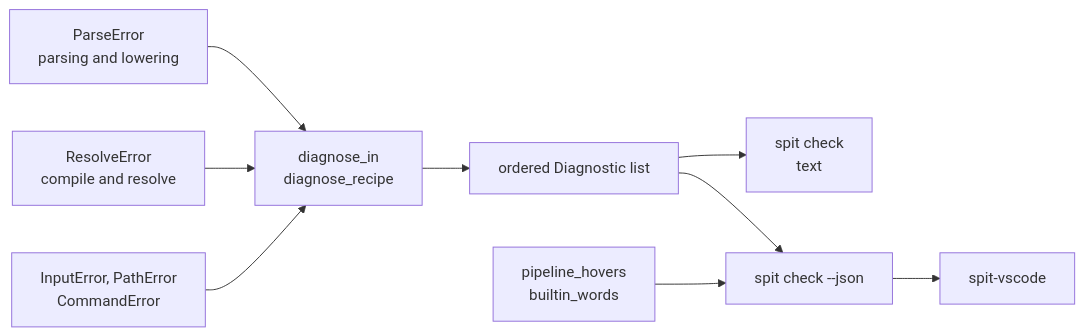
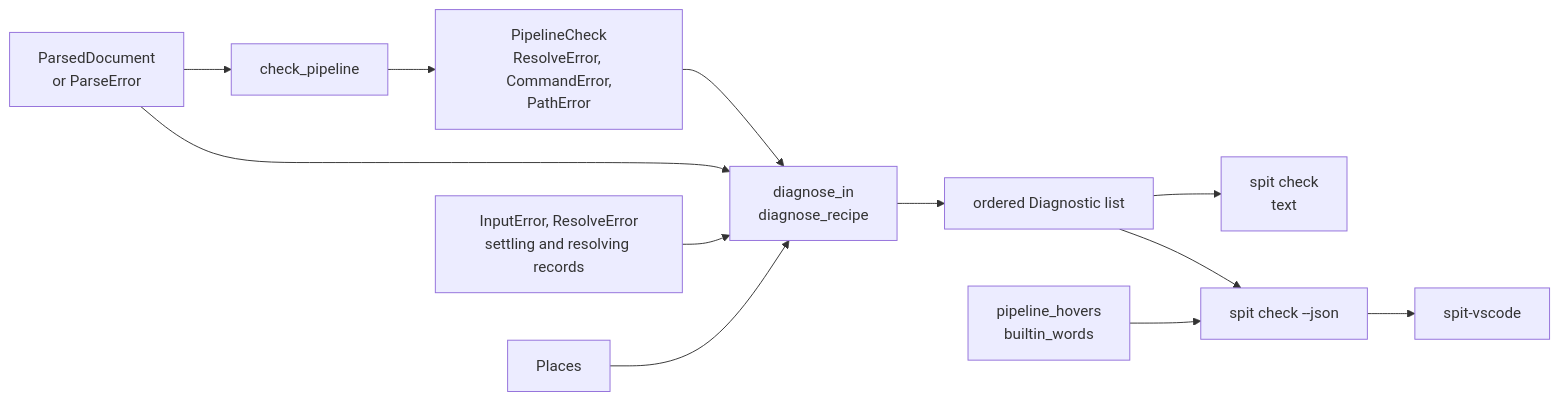
The diagram in docs/architecture/diagnostics.md (eclnz/spit), drawn with Mermaid before and after one commit. The commit also changed other lines of this file and 14 other files, not shown here.

````diff
--- a/docs/architecture/diagnostics.md
+++ b/docs/architecture/diagnostics.md
@@ -5,11 +5,14 @@
 ```mermaid
 flowchart LR
-    parse["ParseError<br/>parsing and lowering"] --> diagnose["diagnose_in<br/>diagnose_recipe"]
-    compile["ResolveError<br/>compile and resolve"] --> diagnose
-    inputs["InputError, PathError<br/>CommandError"] --> diagnose
+    parse["ParsedDocument<br/>or ParseError"] --> check["check_pipeline"]
+    check --> report["PipelineCheck<br/>ResolveError, CommandError,<br/>PathError"]
+    report --> diagnose["diagnose_in<br/>diagnose_recipe"]
+    parse --> diagnose
+    records["InputError, ResolveError<br/>settling and resolving records"] --> diagnose
+    places["Places"] --> diagnose
     diagnose --> list["ordered Diagnostic list"]
     list --> text["spit check<br/>text"]
     list --> json["spit check --json"]
     hovers["pipeline_hovers<br/>builtin_words"] --> json
     json --> editor["spit-vscode"]
 ```
````
